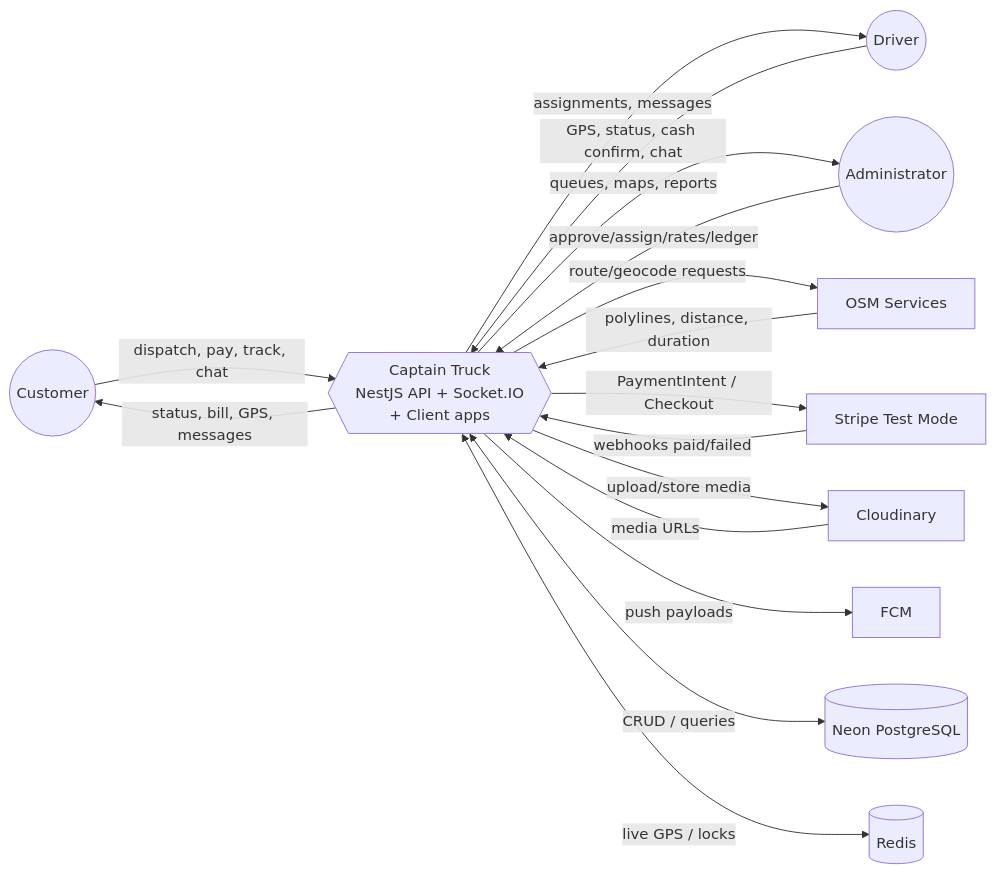
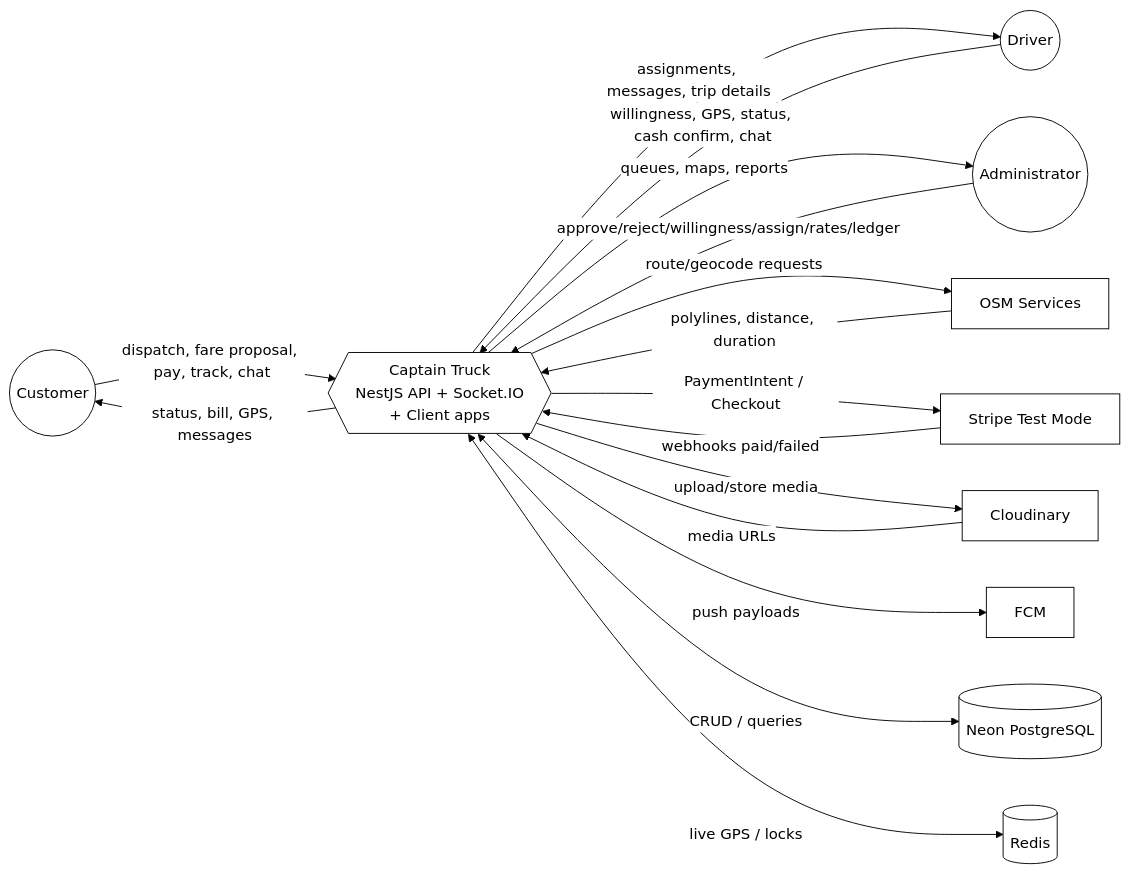
Before and after one commit to Muhammad-Umair-Gujjar/captainTruck: the third of 6 diagrams in docs/Chapter2.md, drawn with Mermaid. The commit also changed other lines of this file and 536 other files, not shown here.

````diff
--- a/docs/Chapter2.md
+++ b/docs/Chapter2.md
@@ -198,31 +291,32 @@
 ```mermaid
+%%{init: {'theme': 'base', 'themeVariables': { 'primaryColor': '#ffffff', 'primaryTextColor': '#000000', 'primaryBorderColor': '#000000', 'lineColor': '#000000', 'secondaryColor': '#ffffff', 'tertiaryColor': '#ffffff', 'background': '#ffffff', 'mainBkg': '#ffffff', 'nodeBorder': '#000000', 'clusterBkg': '#ffffff', 'clusterBorder': '#000000', 'titleColor': '#000000', 'edgeLabelBackground': '#ffffff'}}}%%
 flowchart LR
   Customer((Customer))
   Driver((Driver))
   Admin((Administrator))
   OSM[OSM Services]
   Stripe[Stripe Test Mode]
   Cloudinary[Cloudinary]
   FCM[FCM]
   Neon[(Neon PostgreSQL)]
   Redis[(Redis)]
 
   CT{{Captain Truck<br/>NestJS API + Socket.IO<br/>+ Client apps}}
 
-  Customer -->|dispatch, pay, track, chat| CT
+  Customer -->|dispatch, fare proposal, pay, track, chat| CT
   CT -->|status, bill, GPS, messages| Customer
-  Driver -->|GPS, status, cash confirm, chat| CT
-  CT -->|assignments, messages| Driver
-  Admin -->|approve/assign/rates/ledger| CT
+  Driver -->|willingness, GPS, status, cash confirm, chat| CT
+  CT -->|assignments, messages, trip details| Driver
+  Admin -->|approve/reject/willingness/assign/rates/ledger| CT
   CT -->|queues, maps, reports| Admin
 
   CT -->|route/geocode requests| OSM
   OSM -->|polylines, distance, duration| CT
   CT -->|PaymentIntent / Checkout| Stripe
   Stripe -->|webhooks paid/failed| CT
   CT -->|upload/store media| Cloudinary
   Cloudinary -->|media URLs| CT
   CT -->|push payloads| FCM
   CT <-->|CRUD / queries| Neon
   CT <-->|live GPS / locks| Redis
 ```
````
